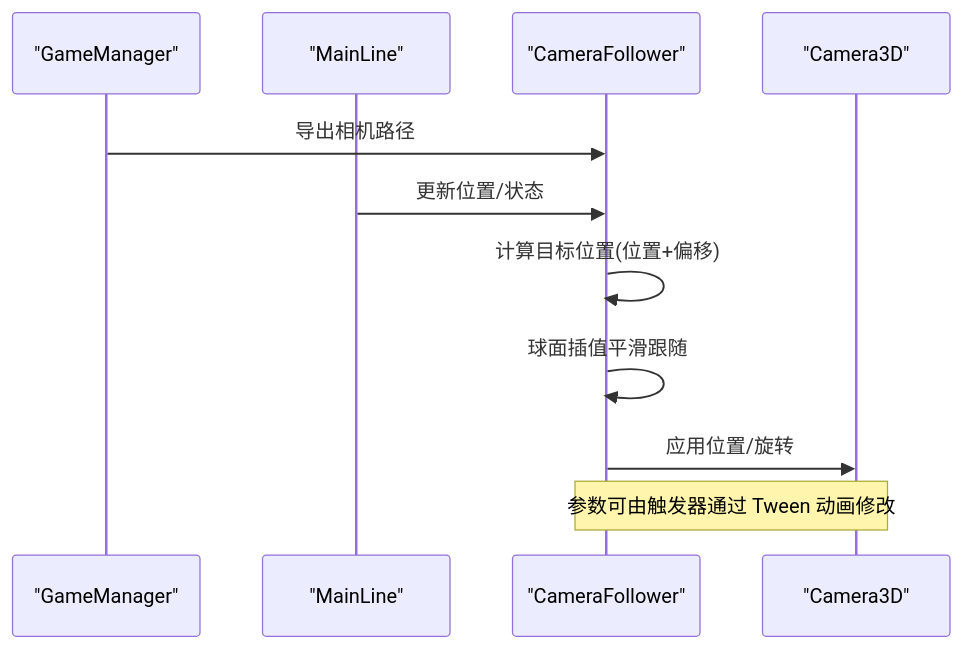
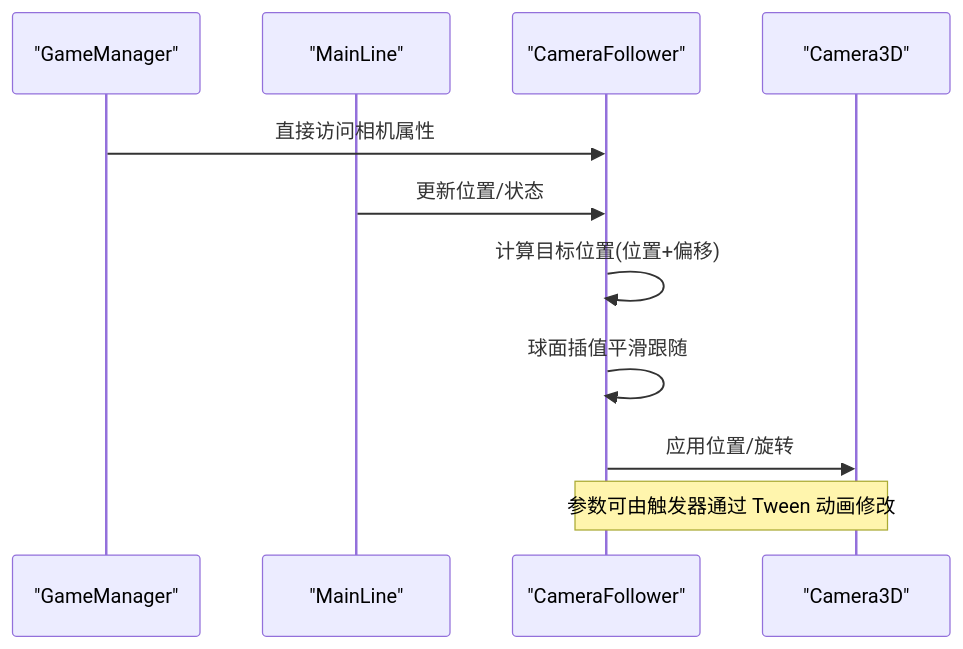
Before and after one commit to godotline/godot-line: the second of 8 diagrams in .qoder/repowiki/zh/content/游戏系统/相机系统/相机跟随系统.md, drawn with Mermaid. The commit also changed other lines of this file and 18 other files, not shown here.

````diff
--- a/.qoder/repowiki/zh/content/游戏系统/相机系统/相机跟随系统.md
+++ b/.qoder/repowiki/zh/content/游戏系统/相机系统/相机跟随系统.md
@@ -100,13 +113,13 @@
 ```mermaid
 sequenceDiagram
 participant GM as "GameManager"
 participant ML as "MainLine"
 participant CF as "CameraFollower"
 participant CAM as "Camera3D"
-GM->>CF : 导出相机路径
+GM->>CF : 直接访问相机属性
 ML->>CF : 更新位置/状态
 CF->>CF : 计算目标位置(位置+偏移)
 CF->>CF : 球面插值平滑跟随
 CF->>CAM : 应用位置/旋转
 Note over CF,CAM : 参数可由触发器通过 Tween 动画修改
 ```
````
